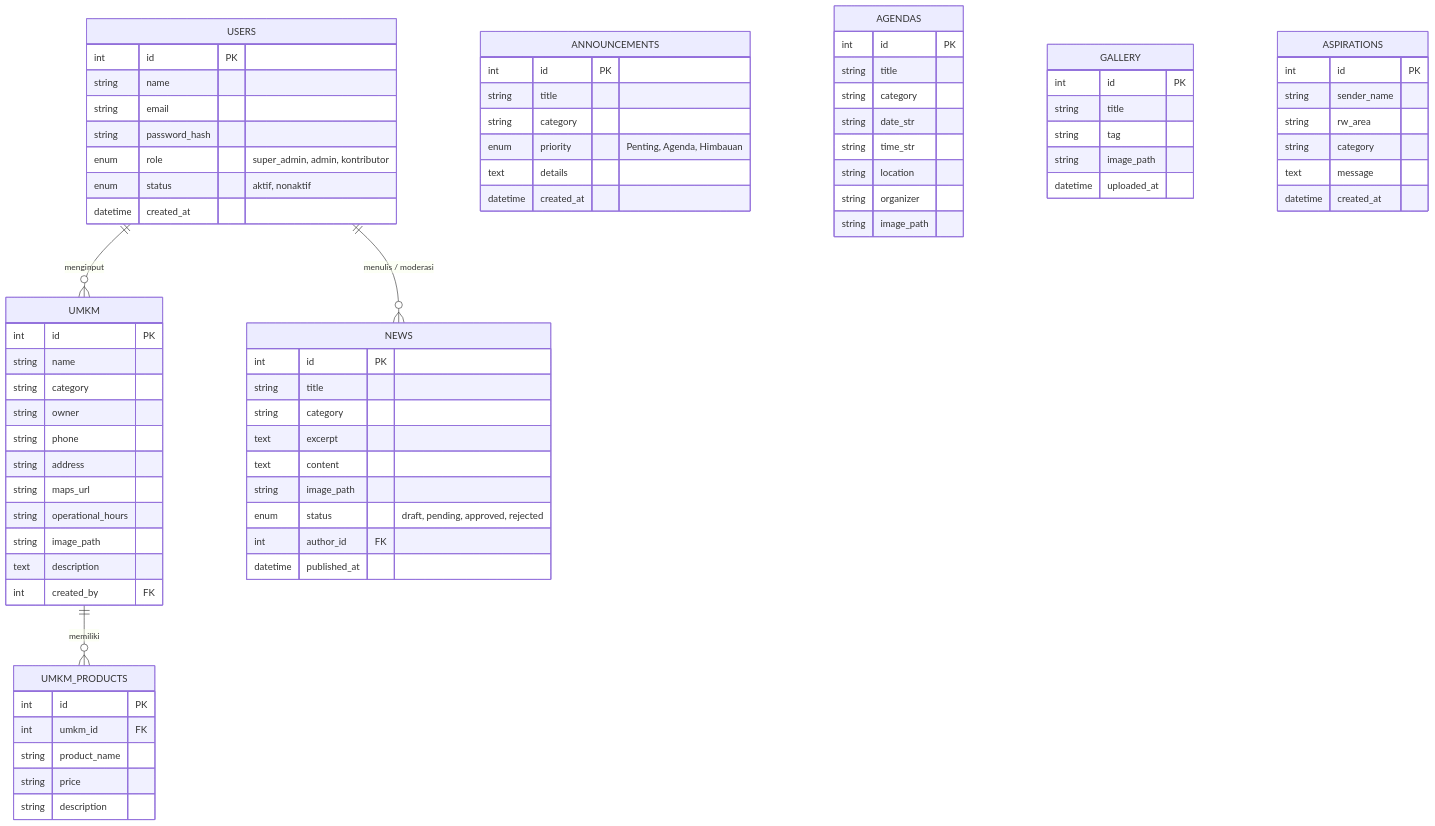
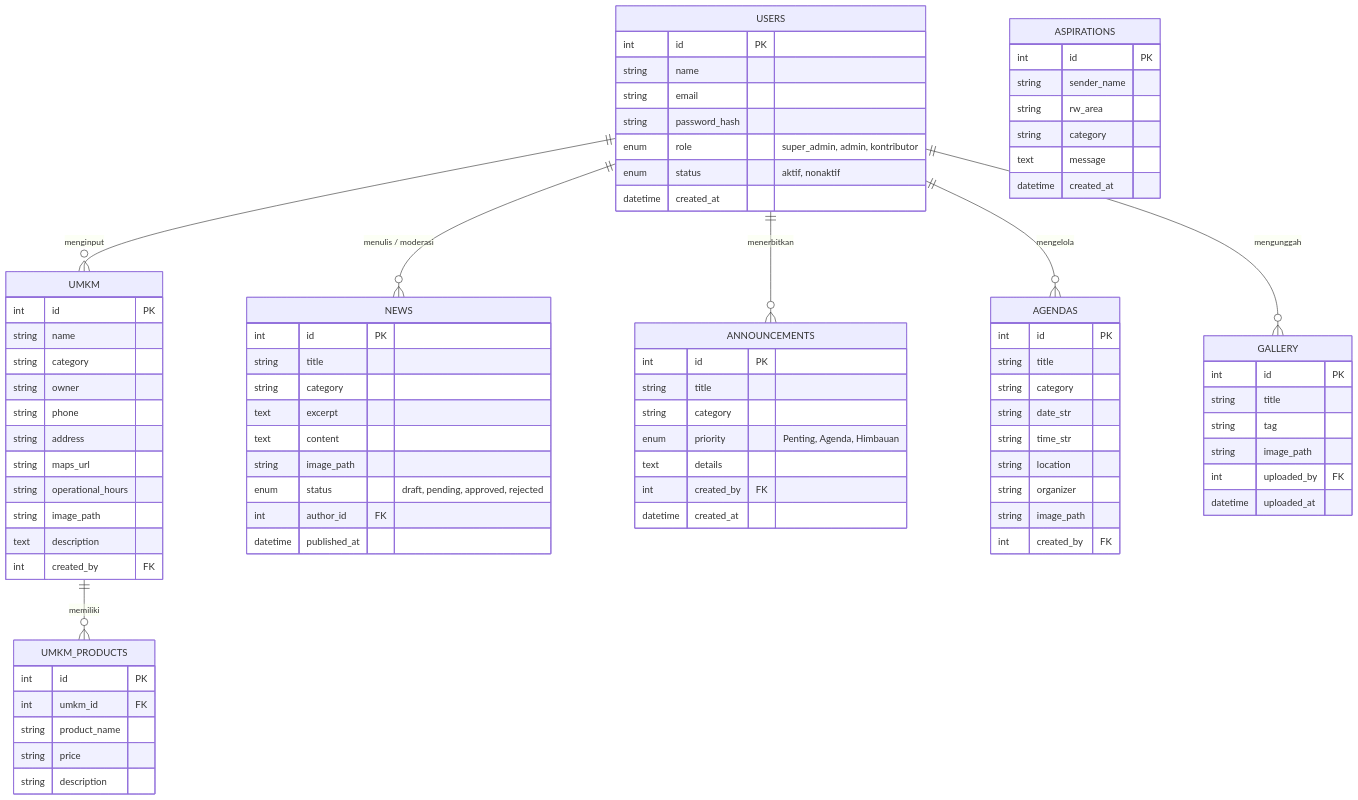
The third of 3 diagrams in LAPORAN_PAPARAN_KELURAHAN.md (Aydin041/web-kelurahan-tambangan), drawn with Mermaid before and after one commit.

Commit message:
Update ERD: Tambah relasi USERS ke Announcements, Agendas, dan Gallery

````diff
--- a/LAPORAN_PAPARAN_KELURAHAN.md
+++ b/LAPORAN_PAPARAN_KELURAHAN.md
@@ -99,6 +99,7 @@
         string category
         enum priority "Penting, Agenda, Himbauan"
         text details
+        int created_by FK
         datetime created_at
     }
     AGENDAS {
@@ -110,12 +111,14 @@
         string location
         string organizer
         string image_path
+        int created_by FK
     }
     GALLERY {
         int id PK
         string title
         string tag
         string image_path
+        int uploaded_by FK
         datetime uploaded_at
     }
     ASPIRATIONS {
@@ -129,5 +132,8 @@
 
     USERS ||--o{ NEWS : "menulis / moderasi"
     USERS ||--o{ UMKM : "menginput"
+    USERS ||--o{ ANNOUNCEMENTS : "menerbitkan"
+    USERS ||--o{ AGENDAS : "mengelola"
+    USERS ||--o{ GALLERY : "mengunggah"
     UMKM ||--o{ UMKM_PRODUCTS : "memiliki"
 ```
````
